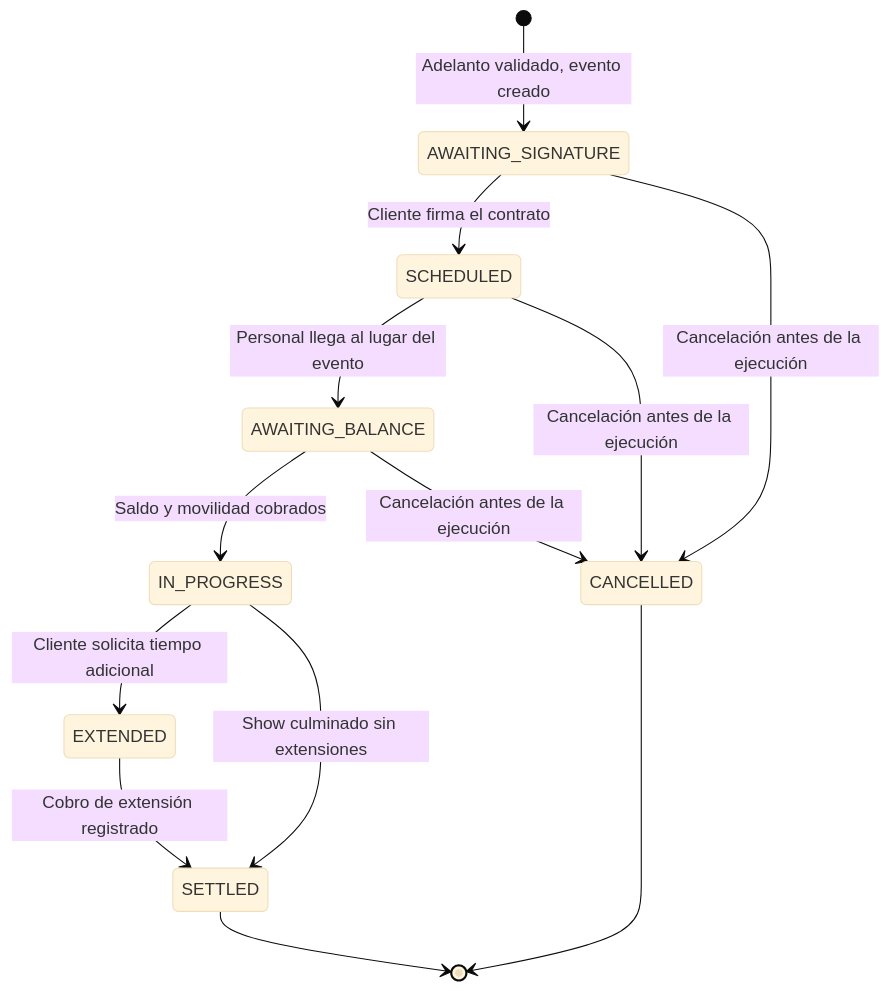
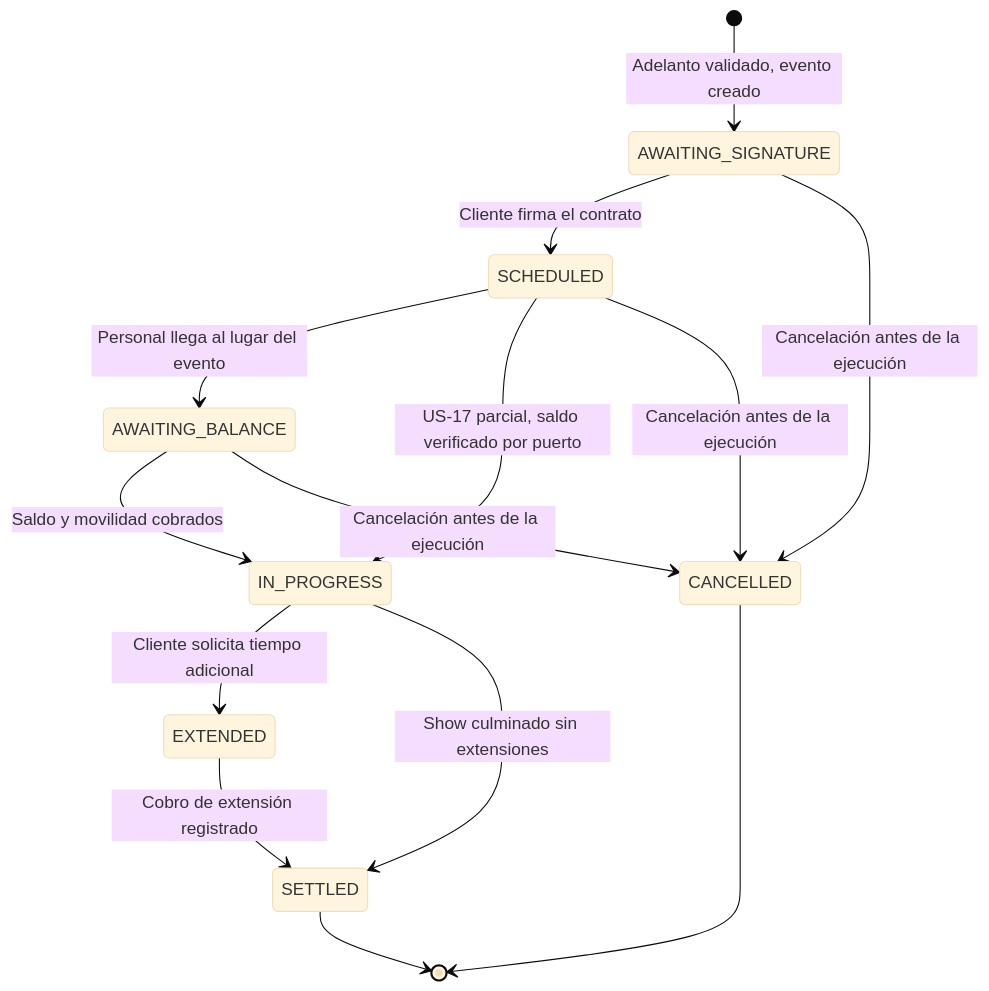
The fourth of 5 diagrams in Docs/01-requisitos/04-reglas-de-negocio-y-control.md (MathiasTL/EventPro-backend), drawn with Mermaid (base theme) before and after one commit. The commit also changed other lines of this file and 29 other files, not shown here.

Commit message:
feat(events): implementar US-17 inicio de evento con saldo verificado y migracion 0005

````diff
--- a/Docs/01-requisitos/04-reglas-de-negocio-y-control.md
+++ b/Docs/01-requisitos/04-reglas-de-negocio-y-control.md
@@ -174,15 +182,16 @@
 ```mermaid
 stateDiagram-v2
     [*] --> AWAITING_SIGNATURE: Adelanto validado, evento creado
     AWAITING_SIGNATURE --> SCHEDULED: Cliente firma el contrato
     SCHEDULED --> AWAITING_BALANCE: Personal llega al lugar del evento
+    SCHEDULED --> IN_PROGRESS: US-17 parcial, saldo verificado por puerto
     AWAITING_BALANCE --> IN_PROGRESS: Saldo y movilidad cobrados
     IN_PROGRESS --> EXTENDED: Cliente solicita tiempo adicional
     EXTENDED --> SETTLED: Cobro de extensión registrado
     IN_PROGRESS --> SETTLED: Show culminado sin extensiones
     AWAITING_SIGNATURE --> CANCELLED: Cancelación antes de la ejecución
     SCHEDULED --> CANCELLED: Cancelación antes de la ejecución
     AWAITING_BALANCE --> CANCELLED: Cancelación antes de la ejecución
     SETTLED --> [*]
     CANCELLED --> [*]
 ```
````
